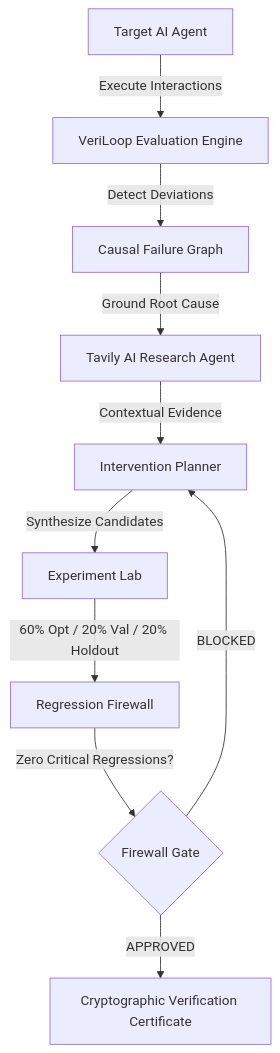
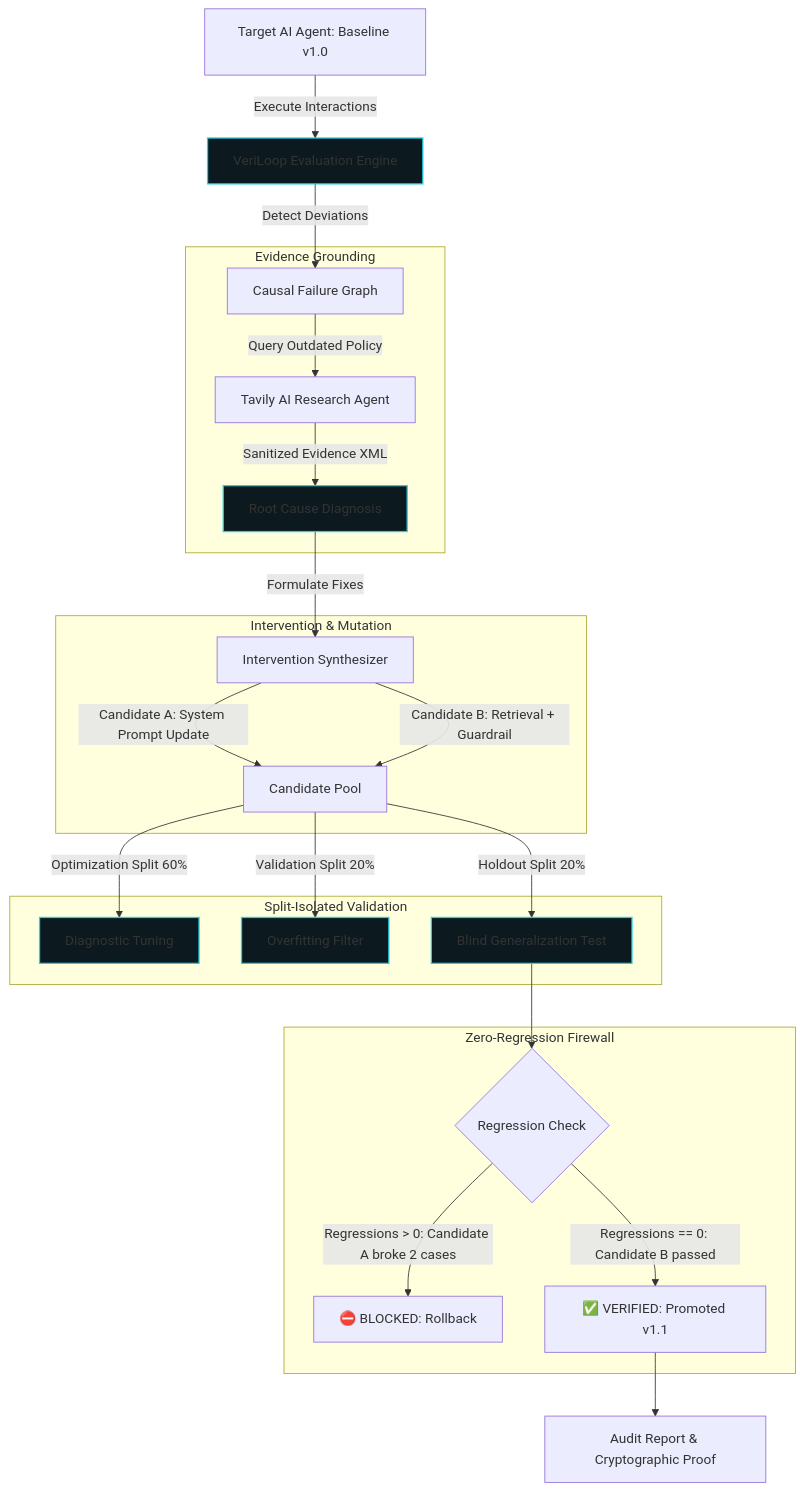
Before and after one commit to S-jais/VeriLoop: the diagram in README.md, drawn with Mermaid. The commit also changed other lines of this file and 33 other files, not shown here.

````diff
--- a/README.md
+++ b/README.md
@@ -26,12 +35,33 @@
 ```mermaid
 graph TD
-    A[Target AI Agent] -->|Execute Interactions| B[VeriLoop Evaluation Engine]
+    A[Target AI Agent: Baseline v1.0] -->|Execute Interactions| B[VeriLoop Evaluation Engine]
     B -->|Detect Deviations| C[Causal Failure Graph]
-    C -->|Ground Root Cause| D[Tavily AI Research Agent]
-    D -->|Contextual Evidence| E[Intervention Planner]
-    E -->|Synthesize Candidates| F[Experiment Lab]
-    F -->|60% Opt / 20% Val / 20% Holdout| G[Regression Firewall]
-    G -->|Zero Critical Regressions?| H{Firewall Gate}
-    H -->|BLOCKED| E
-    H -->|APPROVED| I[Cryptographic Verification Certificate]
+    
+    subgraph Evidence Grounding
+        C -->|Query Outdated Policy| D[Tavily AI Research Agent]
+        D -->|Sanitized Evidence XML| E[Root Cause Diagnosis]
+    end
+    
+    subgraph Intervention & Mutation
+        E -->|Formulate Fixes| F[Intervention Synthesizer]
+        F -->|Candidate A: System Prompt Update| G[Candidate Pool]
+        F -->|Candidate B: Retrieval + Guardrail| G
+    end
+    
+    subgraph Split-Isolated Validation
+        G -->|Optimization Split 60%| H[Diagnostic Tuning]
+        G -->|Validation Split 20%| I[Overfitting Filter]
+        G -->|Holdout Split 20%| J[Blind Generalization Test]
+    end
+    
+    subgraph Zero-Regression Firewall
+        J --> K{Regression Check}
+        K -->|Regressions > 0: Candidate A broke 2 cases| L[⛔ BLOCKED: Rollback]
+        K -->|Regressions == 0: Candidate B passed| M[✅ VERIFIED: Promoted v1.1]
+    end
+
+    M --> N[Audit Report & Cryptographic Proof]
+
+    classDef sponsor fill:#0C1A20,stroke:#22D1E6,stroke-width:1.5px;
+    class B,E,H,I,J sponsor;
 ```
````
